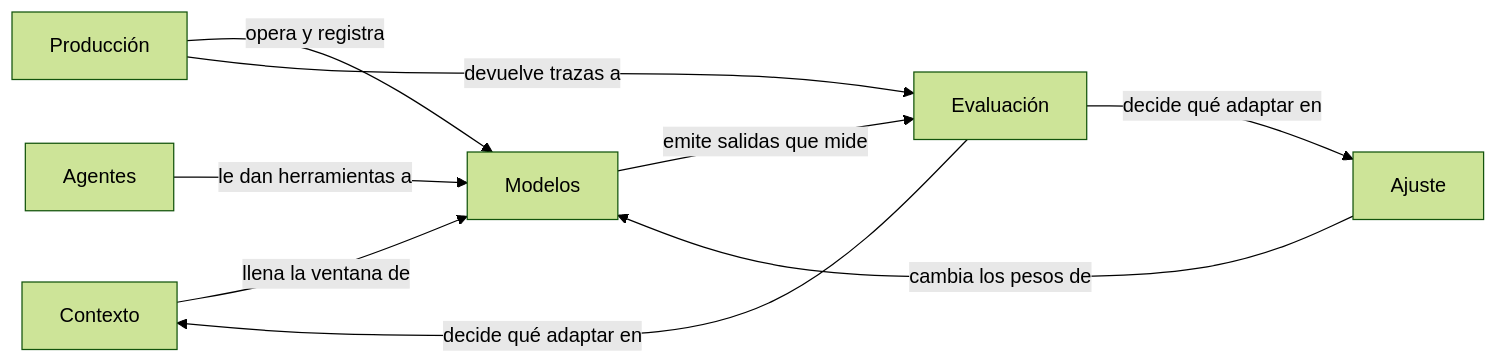
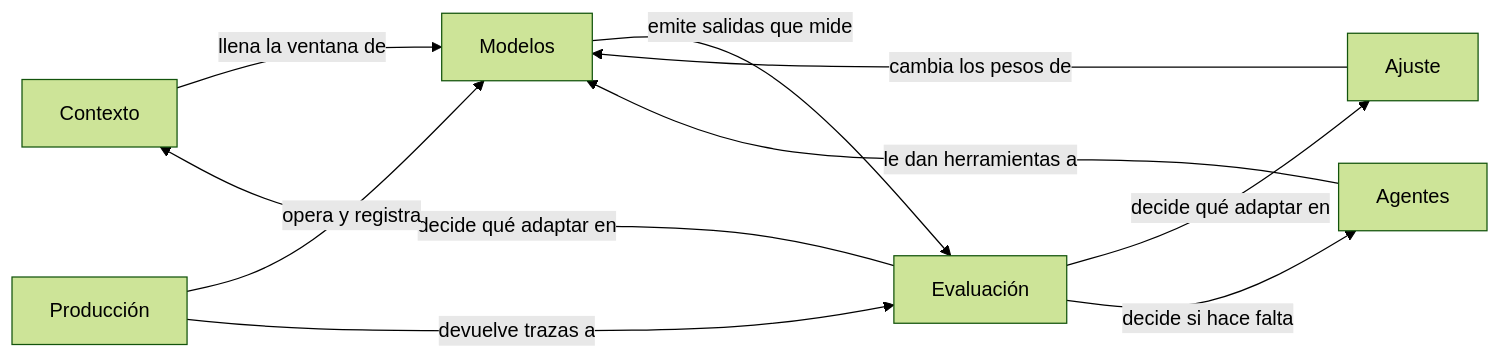
The diagram in IA/ia.md (mtsdlf/conocimiento), drawn with Mermaid (forest theme) before and after one commit. The commit also changed other lines of this file and 54 other files, not shown here.

````diff
--- a/IA/ia.md
+++ b/IA/ia.md
@@ -54,11 +57,12 @@
 ```mermaid
 flowchart LR
   C[Contexto] -->|llena la ventana de| M[Modelos]
   AG[Agentes] -->|le dan herramientas a| M
   AJ[Ajuste] -->|cambia los pesos de| M
   M -->|emite salidas que mide| E[Evaluación]
   E -->|decide qué adaptar en| C
   E -->|decide qué adaptar en| AJ
+  E -->|decide si hace falta| AG
   P[Producción] -->|opera y registra| M
   P -->|devuelve trazas a| E
 ```
````
